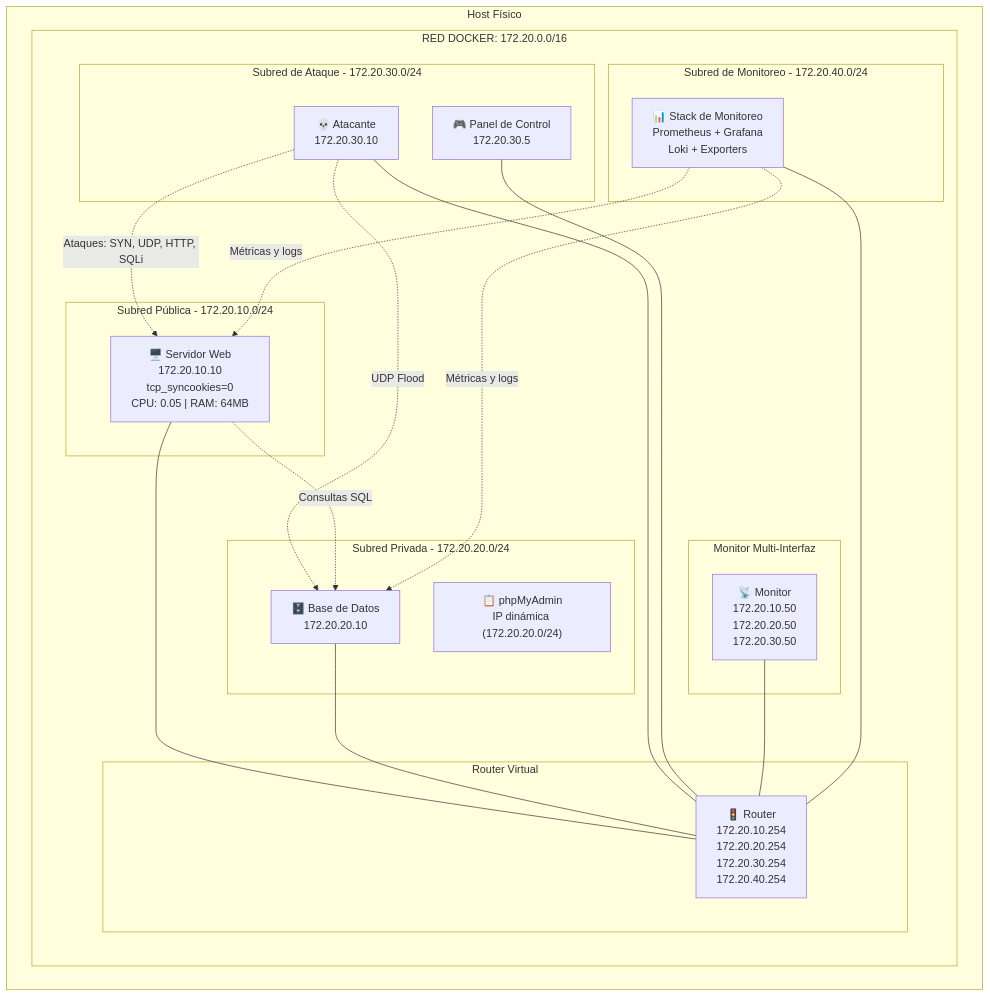
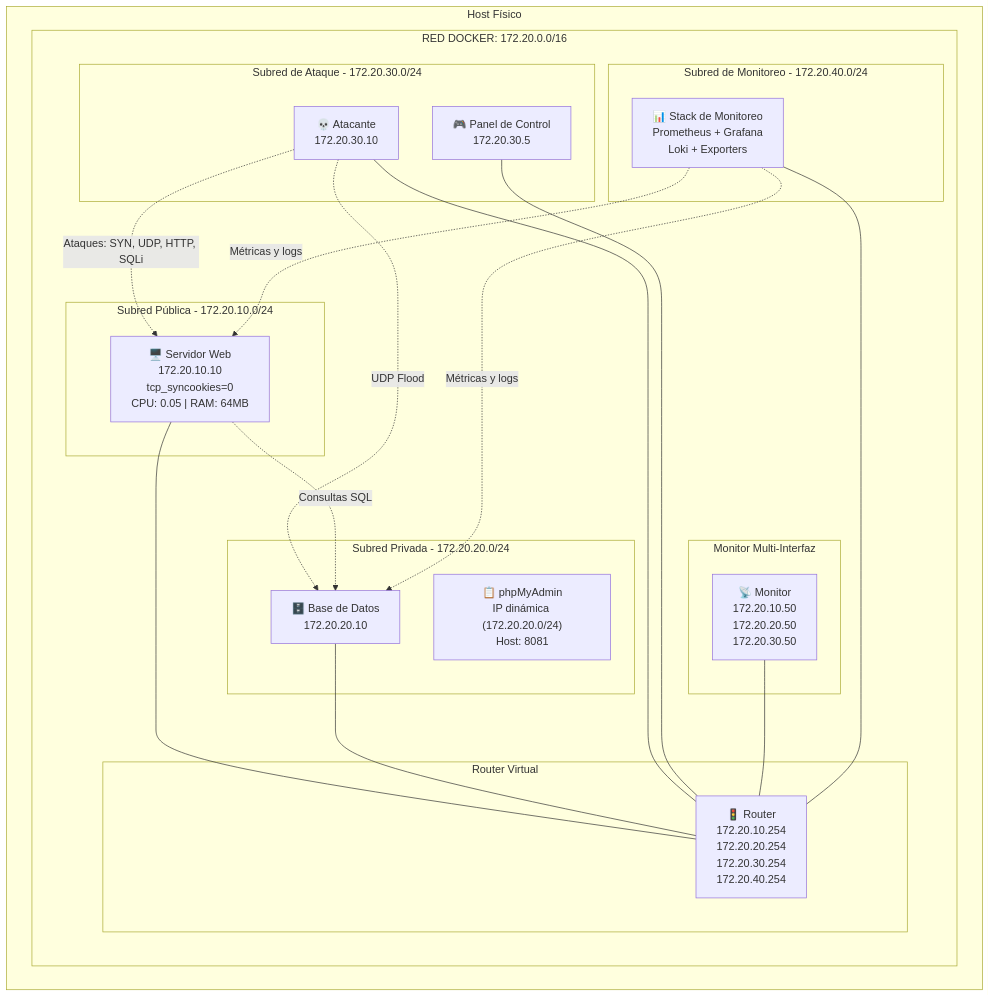
The diagram in README.md (Santiago79/proyecto-redes-usfq), drawn with Mermaid before and after one commit.

Commit message:
Add phpMyAdmin host port note
Agent-Logs-Url: https://github.com/Santiago79/proyecto-redes-usfq/sessions/0ccf0fc1-9bcc-4a05-af49-85f1e9a1987f

````diff
--- a/README.md
+++ b/README.md
@@ -17,47 +17,47 @@
 ```mermaid
 graph TD
     subgraph "Host Físico"
         subgraph "RED DOCKER: 172.20.0.0/16"
             
             subgraph "Subred Pública - 172.20.10.0/24"
                 WEB["🖥️ Servidor Web<br/>172.20.10.10<br/>tcp_syncookies=0<br/>CPU: 0.05 | RAM: 64MB"]
             end
 
             subgraph "Subred Privada - 172.20.20.0/24"
                 DB["🗄️ Base de Datos<br/>172.20.20.10"]
-                PHPMYADMIN["📋 phpMyAdmin<br/>IP dinámica (172.20.20.0/24)"]
+                PHPMYADMIN["📋 phpMyAdmin<br/>IP dinámica (172.20.20.0/24)<br/>Host: 8081"]
             end
 
             subgraph "Subred de Ataque - 172.20.30.0/24"
                 ATTACKER["💀 Atacante<br/>172.20.30.10"]
                 PANEL["🎮 Panel de Control<br/>172.20.30.5"]
             end
 
             subgraph "Subred de Monitoreo - 172.20.40.0/24"
                 OBS["📊 Stack de Monitoreo<br/>Prometheus + Grafana<br/>Loki + Exporters"]
             end
 
             subgraph "Router Virtual"
                 ROUTER["🚦 Router<br/>172.20.10.254<br/>172.20.20.254<br/>172.20.30.254<br/>172.20.40.254"]
             end
 
             subgraph "Monitor Multi-Interfaz"
                 MONITOR["📡 Monitor<br/>172.20.10.50<br/>172.20.20.50<br/>172.20.30.50"]
             end
 
         end
     end
 
     WEB --- ROUTER
     DB --- ROUTER
     ATTACKER --- ROUTER
     PANEL --- ROUTER
     MONITOR --- ROUTER
     OBS --- ROUTER
 
     ATTACKER -.->|Ataques: SYN, UDP, HTTP, SQLi| WEB
     ATTACKER -.->|UDP Flood| DB
     WEB -.->|Consultas SQL| DB
     OBS -.->|Métricas y logs| WEB
     OBS -.->|Métricas y logs| DB
 ```
````
